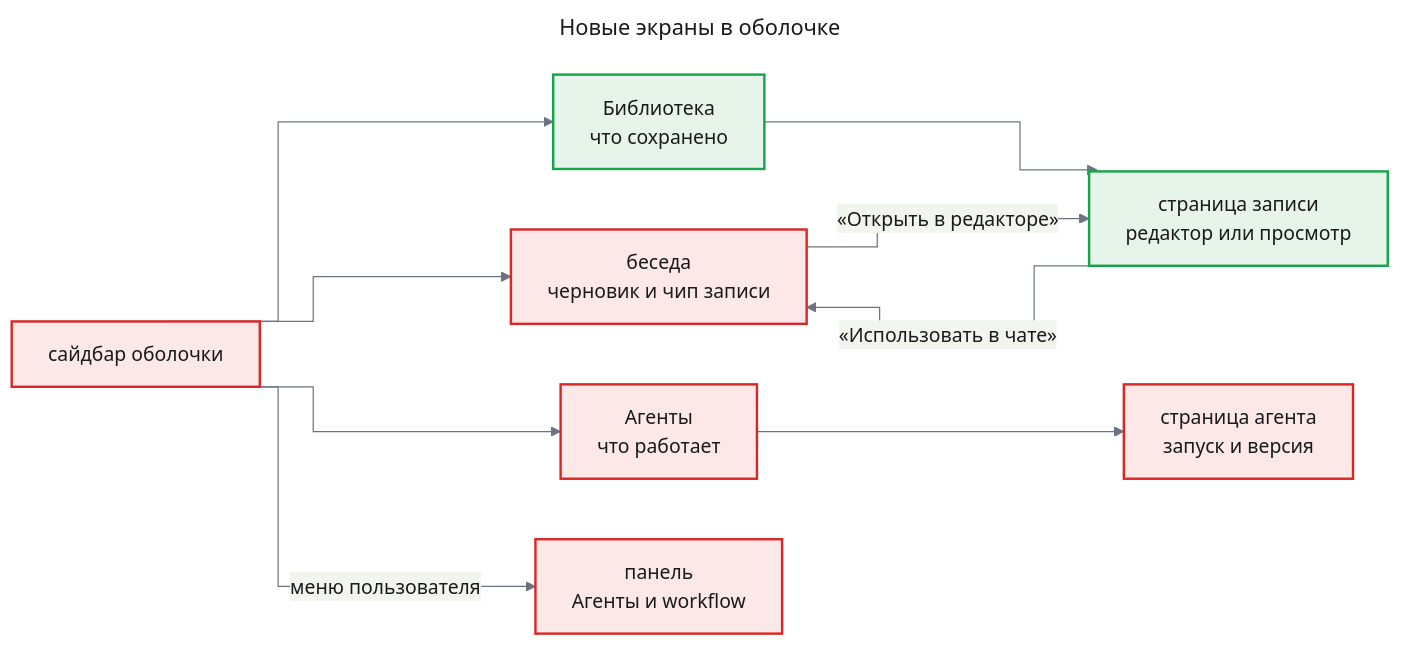
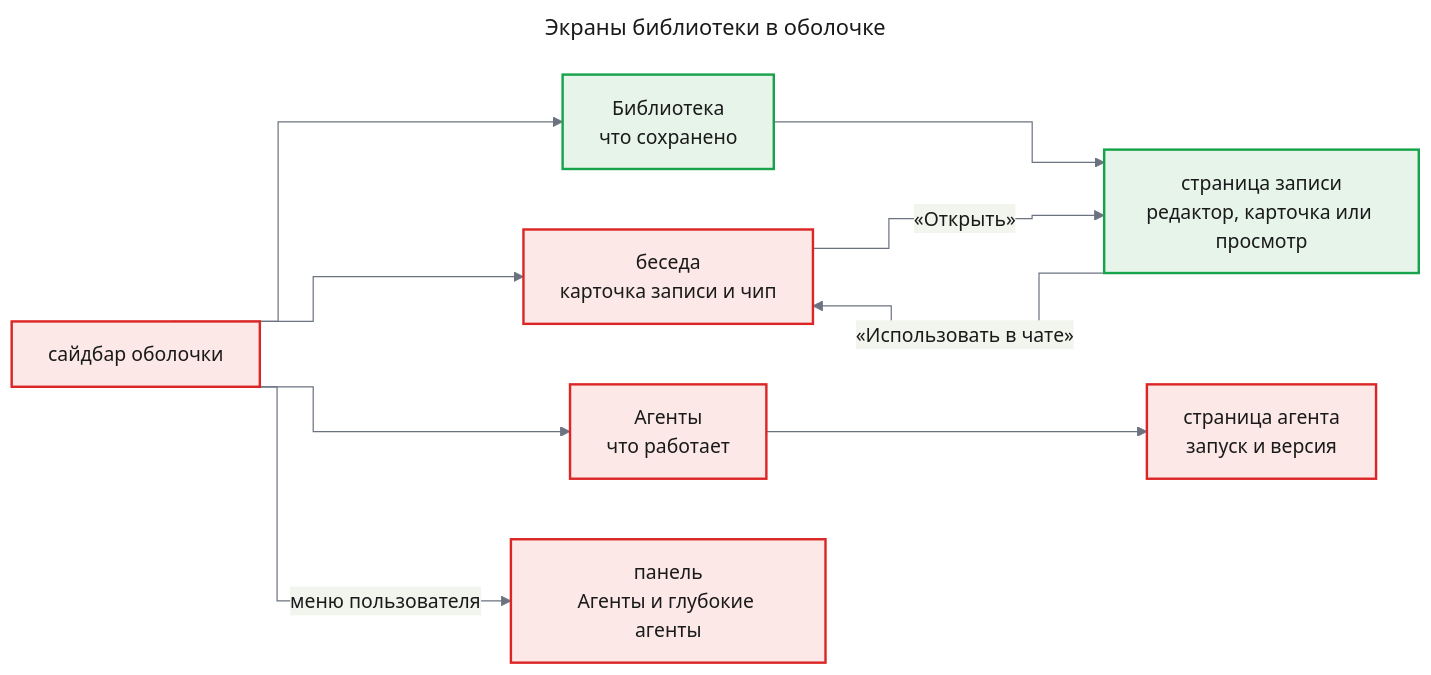
The first of 3 diagrams in docs/features/custom-agents/uxrd.md (tundraray/agent-os), drawn with Mermaid before and after one commit. The commit also changed other lines of this file and 1225 other files, not shown here.

````diff
--- a/docs/features/custom-agents/uxrd.md
+++ b/docs/features/custom-agents/uxrd.md
@@ -75,35 +69,35 @@
 ```mermaid
 ---
-title: "Новые экраны в оболочке"
+title: "Экраны библиотеки в оболочке"
 config:
   theme: base
   look: classic
   themeVariables:
     primaryColor: "#eef1f5"
     primaryBorderColor: "#4b5563"
     primaryTextColor: "#1a1a1a"
     lineColor: "#6b7280"
   flowchart:
     curve: step
 ---
 flowchart LR
     side["сайдбар оболочки"]
-    chat["беседа<br/>черновик и чип записи"]
+    chat["беседа<br/>карточка записи и чип"]
     agents["Агенты<br/>что работает"]
     page["страница агента<br/>запуск и версия"]
     lib["Библиотека<br/>что сохранено"]
-    rec["страница записи<br/>редактор или просмотр"]
-    panel["панель<br/>Агенты и workflow"]
+    rec["страница записи<br/>редактор, карточка или просмотр"]
+    panel["панель<br/>Агенты и глубокие агенты"]
     side --> chat
     side --> agents
     side --> lib
     side -->|"меню пользователя"| panel
     agents --> page
     lib --> rec
-    chat -->|"«Открыть в редакторе»"| rec
+    chat -->|"«Открыть»"| rec
     rec -->|"«Использовать в чате»"| chat
     classDef changed fill:#fde8e8,stroke:#dc2626,stroke-width:2px,color:#1a1a1a
     classDef new fill:#e6f4ea,stroke:#16a34a,stroke-width:2px,color:#1a1a1a
     class side,chat,agents,page,panel changed
     class lib,rec new
 ```
````
